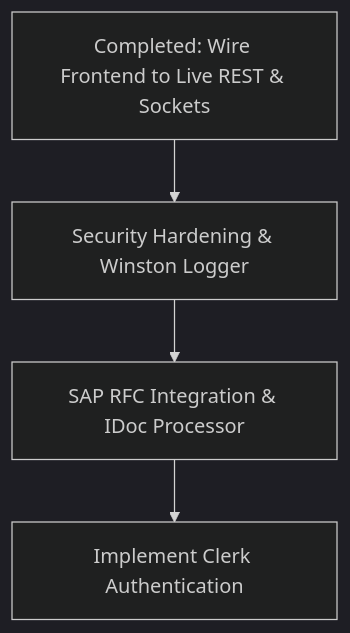
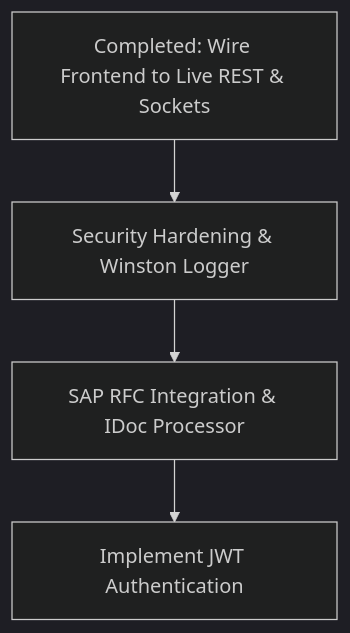
The diagram in workflow/working.md (devansh-7-gte/sap_vendor_portal), drawn with Mermaid (dark theme) before and after one commit. The commit also changed other lines of this file and 84 other files, not shown here.

````diff
--- a/workflow/working.md
+++ b/workflow/working.md
@@ -61,6 +61,6 @@
 ```mermaid
 graph TD
     A[Completed: Wire Frontend to Live REST & Sockets] --> B[Security Hardening & Winston Logger]
     B --> C[SAP RFC Integration & IDoc Processor]
-    C --> D[Implement Clerk Authentication]
+    C --> D[Implement JWT Authentication]
 ```
````
